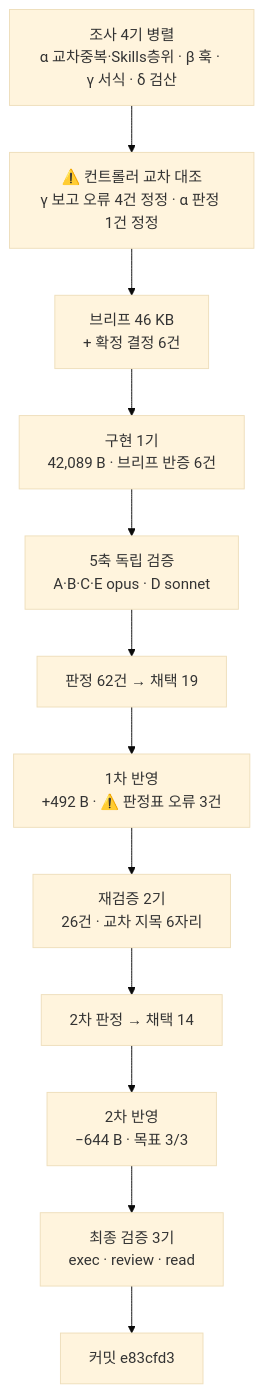
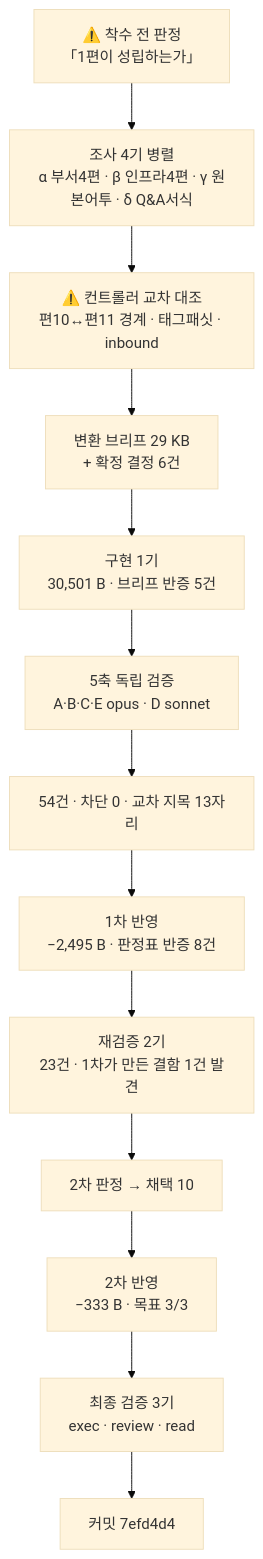
One commit to withwooyong/withwooyong.github.io changed the diagram in HANDOFF.md. Above: the diagram before and after it, drawn with Mermaid (base theme). The commit also changed other lines of this file and 1 other file, not shown here.

````diff
--- a/HANDOFF.md
+++ b/HANDOFF.md
@@ -19,14 +19,15 @@
 ```mermaid
 flowchart TD
-    S["조사 4기 병렬<br/>α 교차중복·Skills층위 · β 훅 · γ 서식 · δ 검산"] --> X["⚠️ 컨트롤러 교차 대조<br/>γ 보고 오류 4건 정정 · α 판정 1건 정정"]
-    X --> B["브리프 46 KB<br/>+ 확정 결정 6건"]
-    B --> C["구현 1기<br/>42,089 B · 브리프 반증 6건"]
+    J["⚠️ 착수 전 판정<br/>「1편이 성립하는가」"] --> S["조사 4기 병렬<br/>α 부서4편 · β 인프라4편 · γ 원본어투 · δ Q&A서식"]
+    S --> X["⚠️ 컨트롤러 교차 대조<br/>편10↔편11 경계 · 태그패싯 · inbound"]
+    X --> B["변환 브리프 29 KB<br/>+ 확정 결정 6건"]
+    B --> C["구현 1기<br/>30,501 B · 브리프 반증 5건"]
     C --> V["5축 독립 검증<br/>A·B·C·E opus · D sonnet"]
-    V --> J["판정 62건 → 채택 19"]
-    J --> F1["1차 반영<br/>+492 B · ⚠️ 판정표 오류 3건"]
-    F1 --> R["재검증 2기<br/>26건 · 교차 지목 6자리"]
-    R --> J2["2차 판정 → 채택 14"]
-    J2 --> F2["2차 반영<br/>−644 B · 목표 3/3"]
+    V --> J1["54건 · 차단 0 · 교차 지목 13자리"]
+    J1 --> F1["1차 반영<br/>−2,495 B · 판정표 반증 8건"]
+    F1 --> R["재검증 2기<br/>23건 · 1차가 만든 결함 1건 발견"]
+    R --> J2["2차 판정 → 채택 10"]
+    J2 --> F2["2차 반영<br/>−333 B · 목표 3/3"]
     F2 --> FV["최종 검증 3기<br/>exec · review · read"]
-    FV --> CM["커밋 e83cfd3"]
+    FV --> CM["커밋 7efd4d4"]
 ```
````
